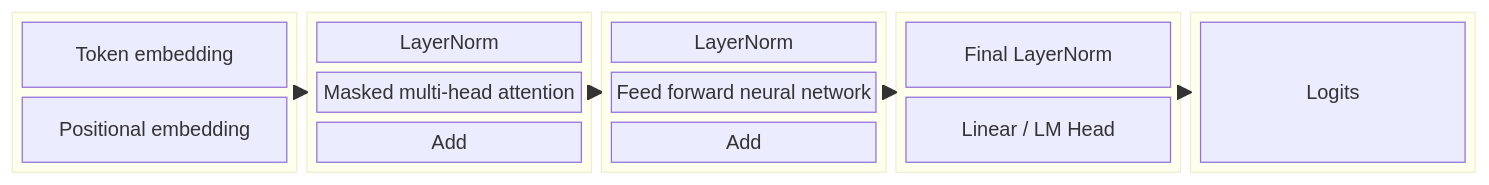
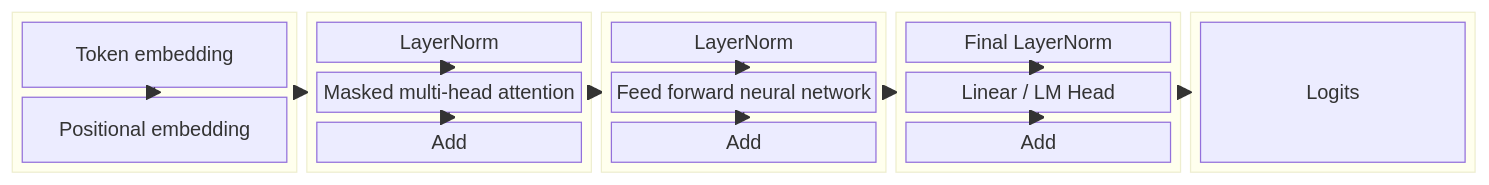
Before and after one commit to ChrisZhu2050/chriszhu2050.github.io: diagram 19 of 19 in index.md, drawn with Mermaid.

````diff
--- a/index.md
+++ b/index.md
@@ -532,36 +532,44 @@
       ```mermaid
           block
           columns 5
           block:group1:1
             columns 1
             a["Token embedding"]
             b["Positional embedding"]
+            
           end
           block:group2:1
             columns 1
-            LayerNorm
-            c["Masked multi-head attention"]
-            Add
+            c1["LayerNorm"]
+            c2["Masked multi-head attention"]
+            c3["Add"]
           end
           block:group3:1
             columns 1
             d["LayerNorm"]
             e["Feed forward neural network"]
             h["Add"]
           end
           block:group4:1
             columns 1
             f["Final LayerNorm"]
             g["Linear / LM Head"]
-            Add
+            g1["Add"]
           end
           block:group5:1
             columns 1
             Logits
           end
+          a --> b
+          c1 --> c2
+          c2 --> c3
+          d --> e
+          e --> h
+          f --> g
+          g --> g1
           group1 --> group2
           group2 --> group3
           group3 --> group4
           group4 --> group5
 
       ```
````
